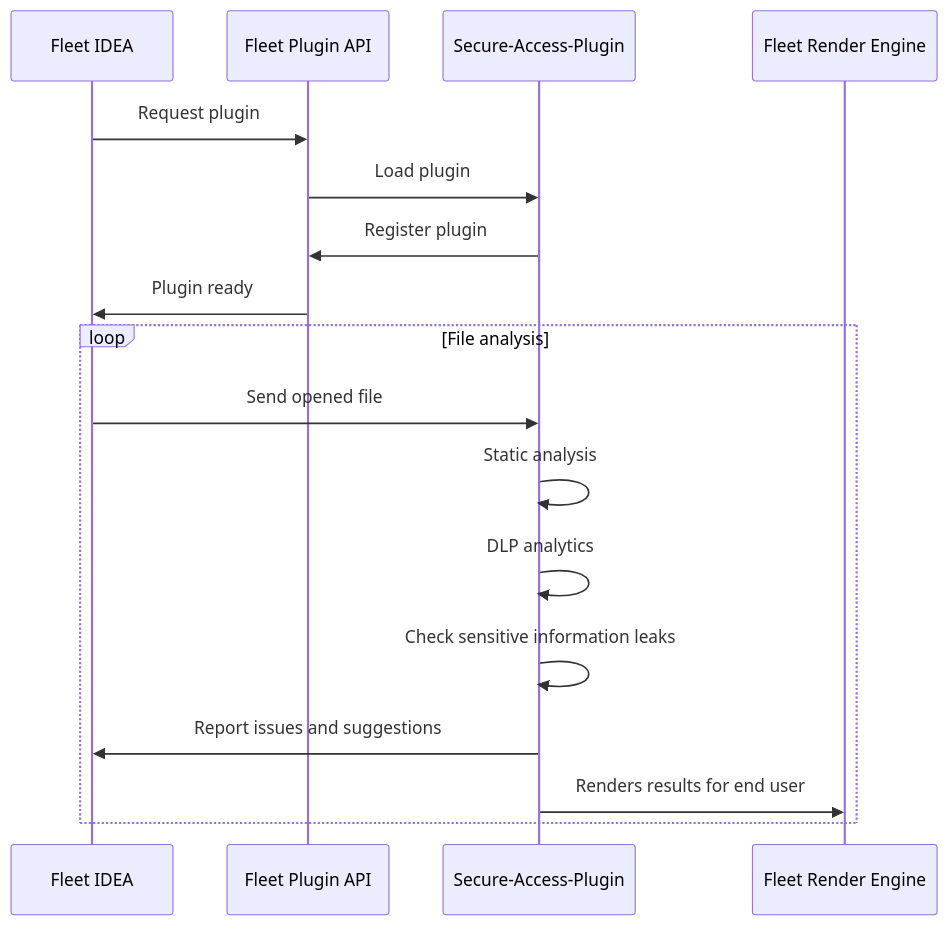
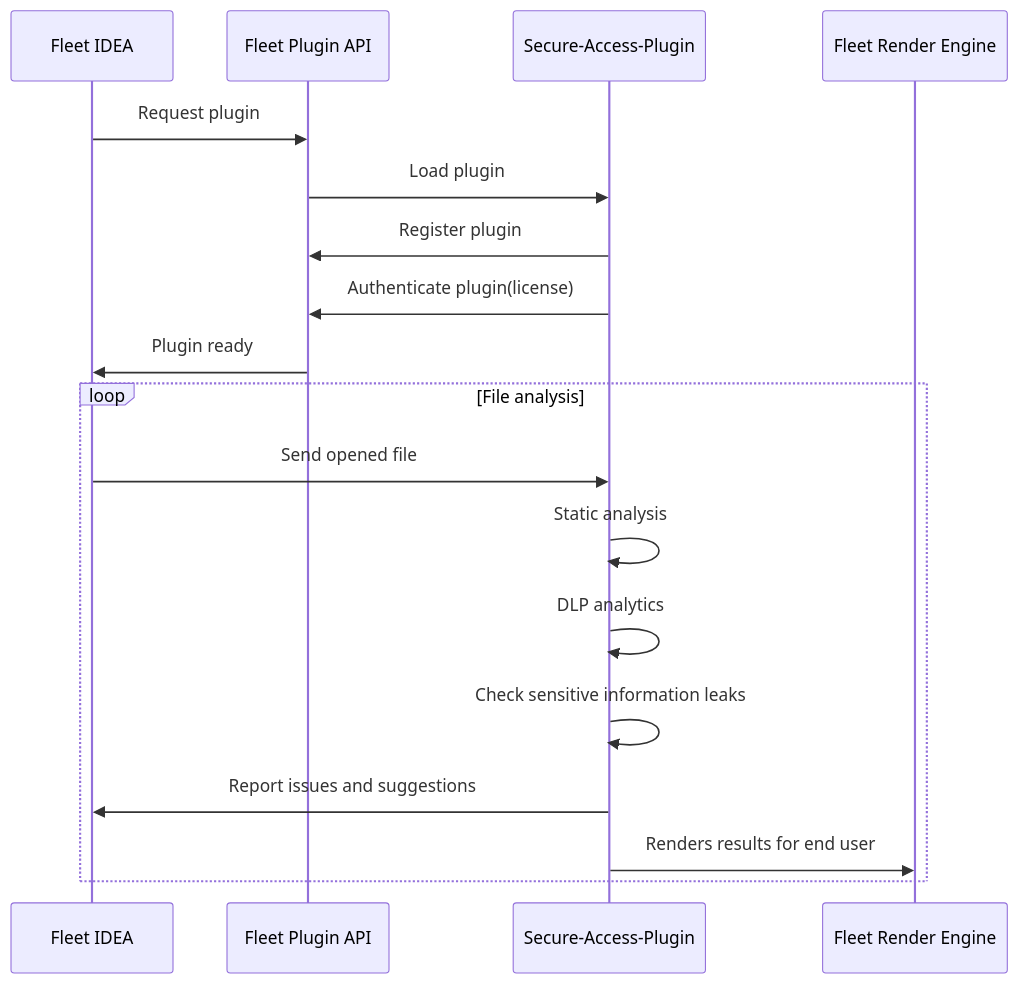
One commit to kmuhi/jetbrains-fleet-pm-assignment changed the diagram in dlp-secure-validator.md. Above: the diagram before and after it, drawn with Mermaid.

````diff
--- a/dlp-secure-validator.md
+++ b/dlp-secure-validator.md
@@ -1,22 +1,23 @@
 ```mermaid
 
 sequenceDiagram
     participant FleetIDEA as Fleet IDEA
     participant PluginAPI as Fleet Plugin API
     participant SecureAccessPlugin as Secure-Access-Plugin
     participant FleetIdeaRenderEngine as Fleet Render Engine
 
     FleetIDEA->>PluginAPI: Request plugin
     PluginAPI->>SecureAccessPlugin: Load plugin
     SecureAccessPlugin->>PluginAPI: Register plugin
+    SecureAccessPlugin->>PluginAPI: Authenticate plugin(license)
     PluginAPI->>FleetIDEA: Plugin ready
 
     loop File analysis
         FleetIDEA->>SecureAccessPlugin: Send opened file
         SecureAccessPlugin->>SecureAccessPlugin: Static analysis
         SecureAccessPlugin->>SecureAccessPlugin: DLP analytics
         SecureAccessPlugin->>SecureAccessPlugin: Check sensitive information leaks
         SecureAccessPlugin->>FleetIDEA: Report issues and suggestions
         SecureAccessPlugin->>FleetIdeaRenderEngine: Renders results for end user
     end
 ```
````
